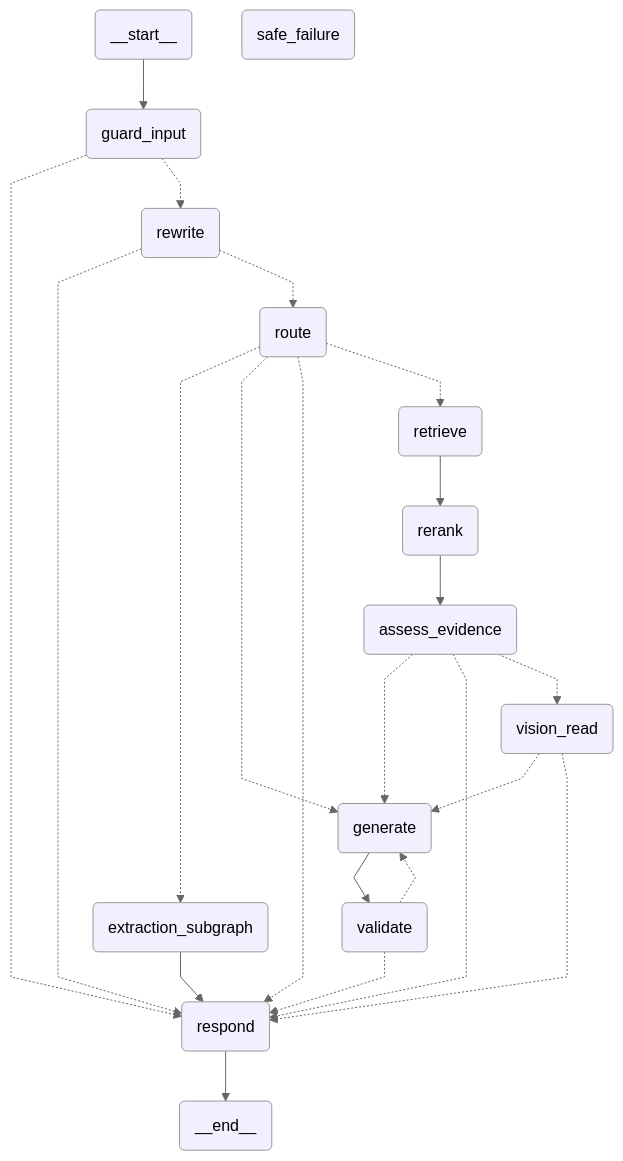
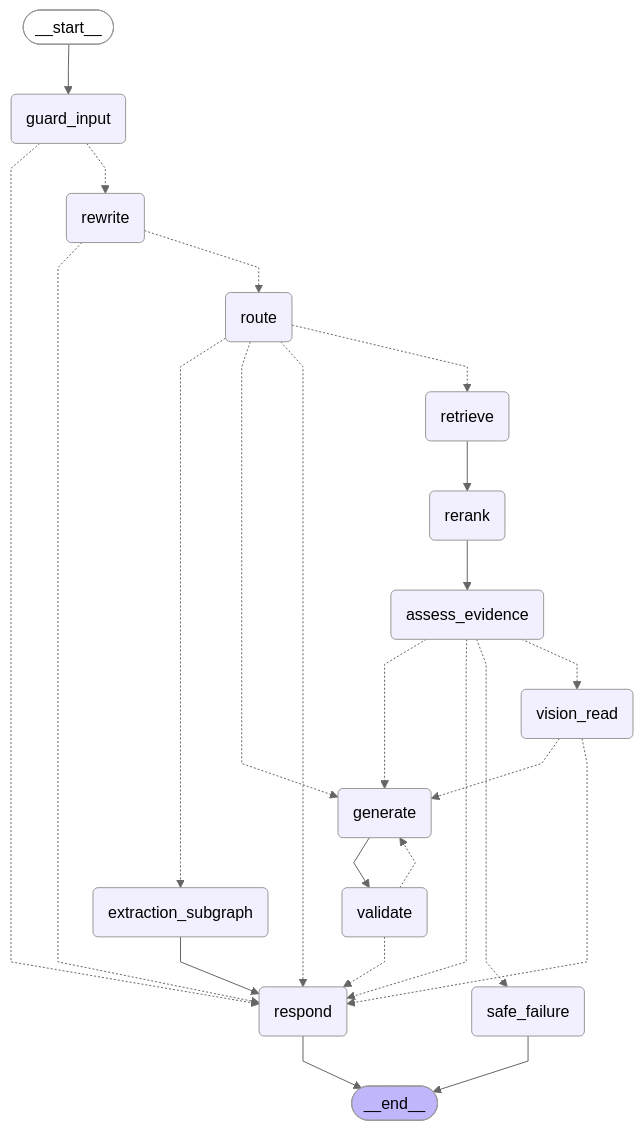
Before and after one commit to hemanth-kumar-makkala/chatbot-project: the first of 2 diagrams in docs/graph.md, drawn with Mermaid (neutral theme). The commit also changed 45 other files, not shown here.

````diff
--- a/docs/graph.md
+++ b/docs/graph.md
@@ -8,47 +8,49 @@
 ```mermaid
 ---
 config:
   flowchart:
     curve: linear
 ---
 graph TD;
-	__start__(<p>__start__</p>)
+	__start__([<p>__start__</p>]):::first
 	guard_input(guard_input)
 	rewrite(rewrite)
 	route(route)
 	retrieve(retrieve)
 	rerank(rerank)
 	assess_evidence(assess_evidence)
 	vision_read(vision_read)
 	generate(generate)
 	validate(validate)
 	respond(respond)
 	safe_failure(safe_failure)
 	extraction_subgraph(extraction_subgraph)
-	__end__(<p>__end__</p>)
+	__end__([<p>__end__</p>]):::last
 	__start__ --> guard_input;
 	assess_evidence -.-> generate;
 	assess_evidence -.-> respond;
+	assess_evidence -.-> safe_failure;
 	assess_evidence -.-> vision_read;
 	extraction_subgraph --> respond;
 	generate --> validate;
 	guard_input -.-> respond;
 	guard_input -.-> rewrite;
 	rerank --> assess_evidence;
 	retrieve --> rerank;
 	rewrite -.-> respond;
 	rewrite -.-> route;
 	route -.-> extraction_subgraph;
 	route -.-> generate;
 	route -.-> respond;
 	route -.-> retrieve;
 	validate -.-> generate;
 	validate -.-> respond;
 	vision_read -.-> generate;
 	vision_read -.-> respond;
 	respond --> __end__;
+	safe_failure --> __end__;
 	classDef default fill:#f2f0ff,line-height:1.2
 	classDef first fill-opacity:0
 	classDef last fill:#bfb6fc
 
 ```
````
